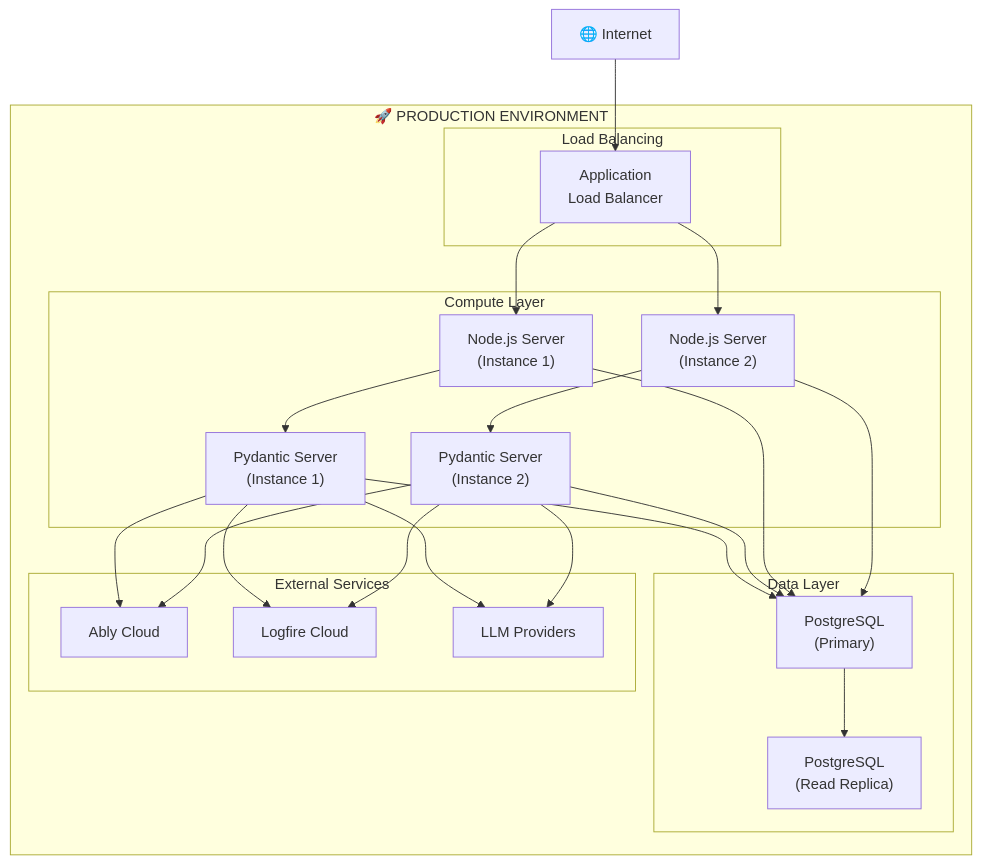
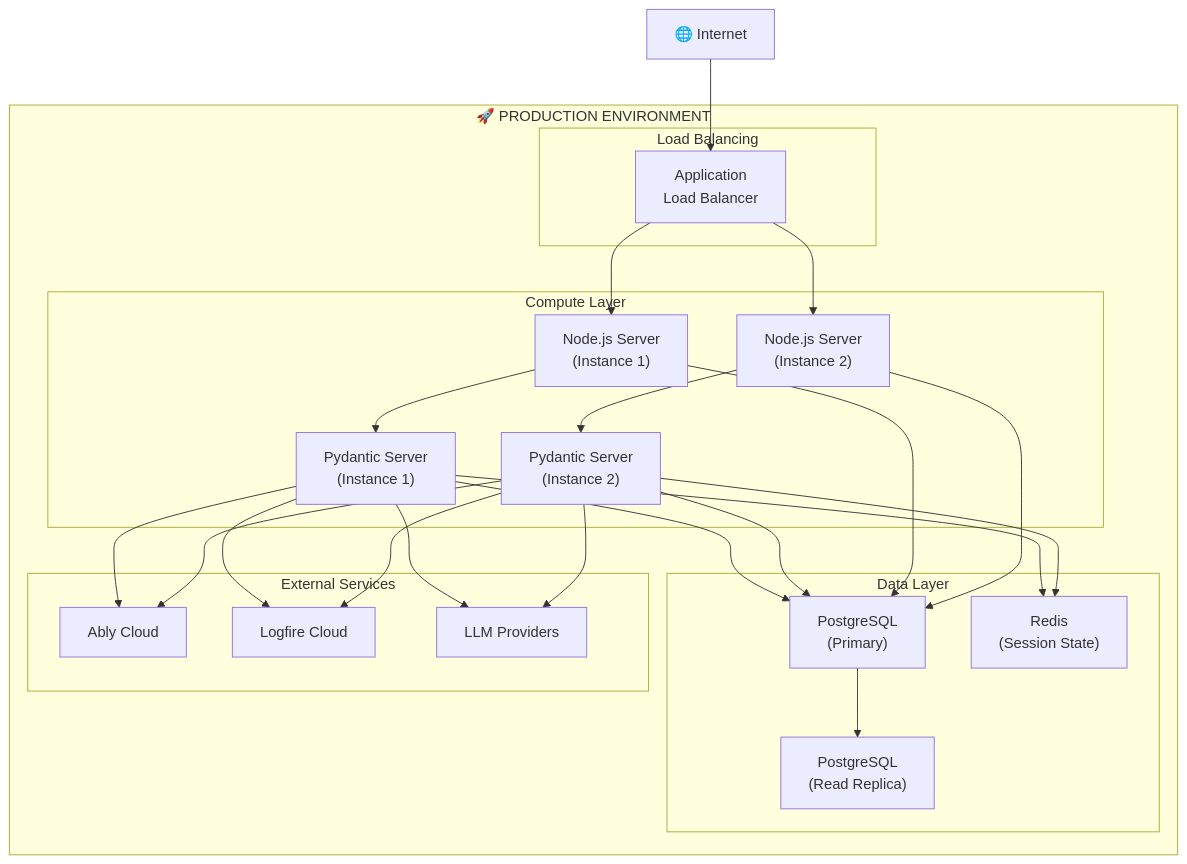
One commit to hnankam/project-hands-off changed the fifth of 5 diagrams in docs/ARCHITECTURE.md. Above: the diagram before and after it, drawn with Mermaid. The commit also changed other lines of this file and 51 other files, not shown here.

````diff
--- a/docs/ARCHITECTURE.md
+++ b/docs/ARCHITECTURE.md
@@ -369,43 +375,46 @@
 ```mermaid
 flowchart TB
     subgraph Production["🚀 PRODUCTION ENVIRONMENT"]
         subgraph Compute["Compute Layer"]
             Node1["Node.js Server<br/>(Instance 1)"]
             Node2["Node.js Server<br/>(Instance 2)"]
             Pydantic1["Pydantic Server<br/>(Instance 1)"]
             Pydantic2["Pydantic Server<br/>(Instance 2)"]
         end
         
         subgraph LB["Load Balancing"]
             ALB["Application<br/>Load Balancer"]
         end
         
         subgraph Data["Data Layer"]
             PG["PostgreSQL<br/>(Primary)"]
             PGReplica["PostgreSQL<br/>(Read Replica)"]
+            RedisCache["Redis<br/>(Session State)"]
         end
         
         subgraph External["External Services"]
             AblyCloud["Ably Cloud"]
             LogfireCloud["Logfire Cloud"]
             LLMProviders["LLM Providers"]
         end
     end
 
     Internet["🌐 Internet"] --> ALB
     ALB --> Node1
     ALB --> Node2
     Node1 --> Pydantic1
     Node2 --> Pydantic2
     Pydantic1 --> PG
     Pydantic2 --> PG
+    Pydantic1 --> RedisCache
+    Pydantic2 --> RedisCache
     Node1 --> PG
     Node2 --> PG
     PG --> PGReplica
     Pydantic1 --> AblyCloud
     Pydantic2 --> AblyCloud
     Pydantic1 --> LogfireCloud
     Pydantic2 --> LogfireCloud
     Pydantic1 --> LLMProviders
     Pydantic2 --> LLMProviders
 ```
````
